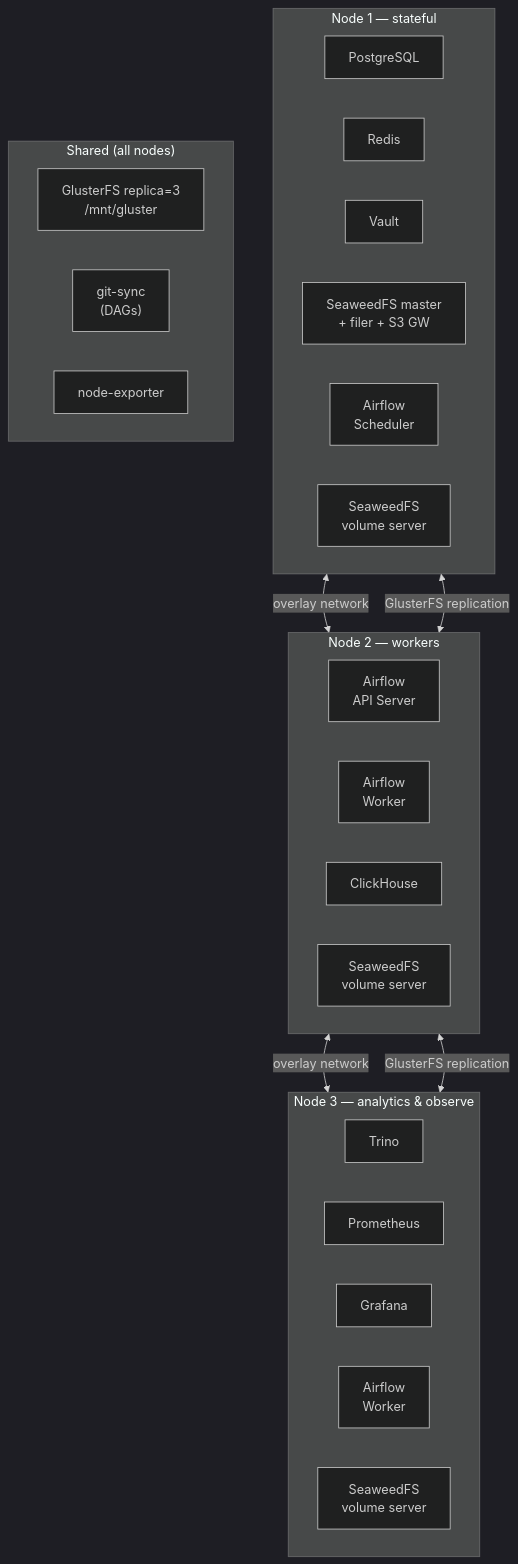
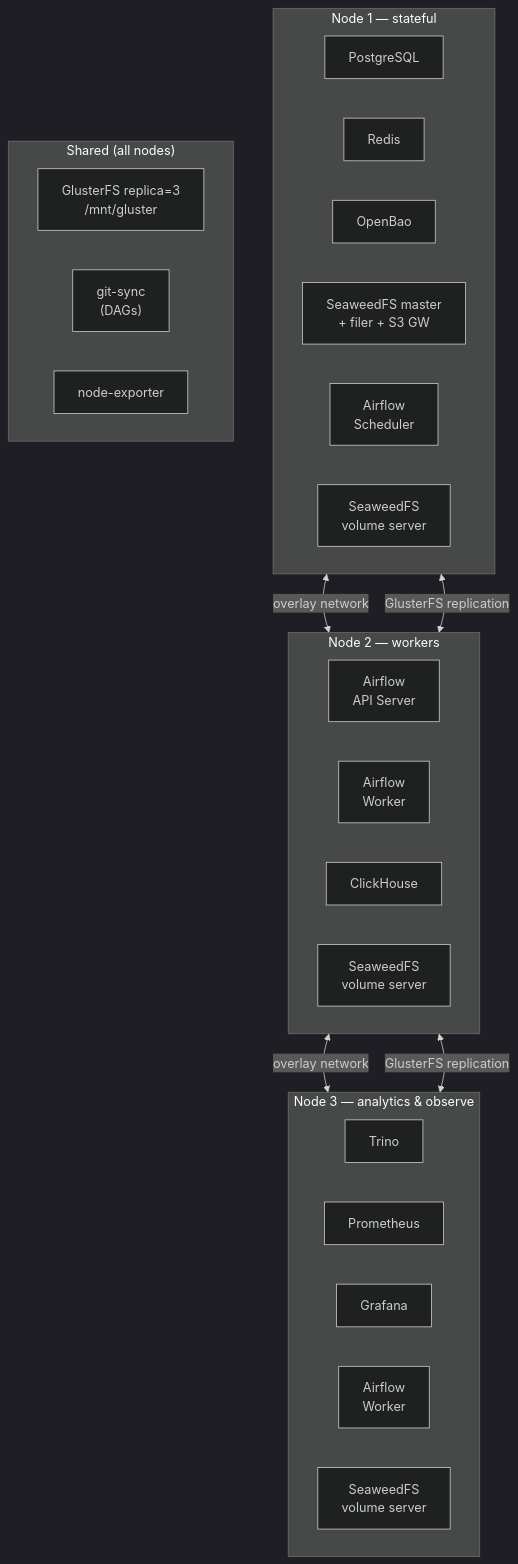
Before and after one commit to datafungi/opensource-data-platform: the second of 2 diagrams in README.md, drawn with Mermaid (dark theme). The commit also changed other lines of this file and 11 other files, not shown here.

First line of the commit message:
feat(secrets): replace HashiCorp Vault with OpenBao as default secrets manager

````diff
--- a/README.md
+++ b/README.md
@@ -101,37 +81,37 @@
 ```mermaid
 flowchart TB
     subgraph Node1["Node 1 — stateful"]
         PG2["PostgreSQL"]
         Redis2["Redis"]
-        Vault2["Vault"]
+        OB2["OpenBao"]
         SWM["SeaweedFS master\n+ filer + S3 GW"]
         Sched["Airflow\nScheduler"]
         SVol1["SeaweedFS\nvolume server"]
     end
 
     subgraph Node2["Node 2 — workers"]
         API["Airflow\nAPI Server"]
         W1["Airflow\nWorker"]
         CH2["ClickHouse"]
         SVol2["SeaweedFS\nvolume server"]
     end
 
     subgraph Node3["Node 3 — analytics & observe"]
         Trino2["Trino"]
         Prom2["Prometheus"]
         Graf2["Grafana"]
         W2["Airflow\nWorker"]
         SVol3["SeaweedFS\nvolume server"]
     end
 
     subgraph Shared["Shared (all nodes)"]
         GFS["GlusterFS replica=3\n/mnt/gluster"]
         GitSync["git-sync\n(DAGs)"]
         NE["node-exporter"]
     end
 
     Node1 <-->|"overlay network"| Node2
     Node2 <-->|"overlay network"| Node3
     Node1 <-->|"GlusterFS replication"| Node2
     Node2 <-->|"GlusterFS replication"| Node3
 ```
````
